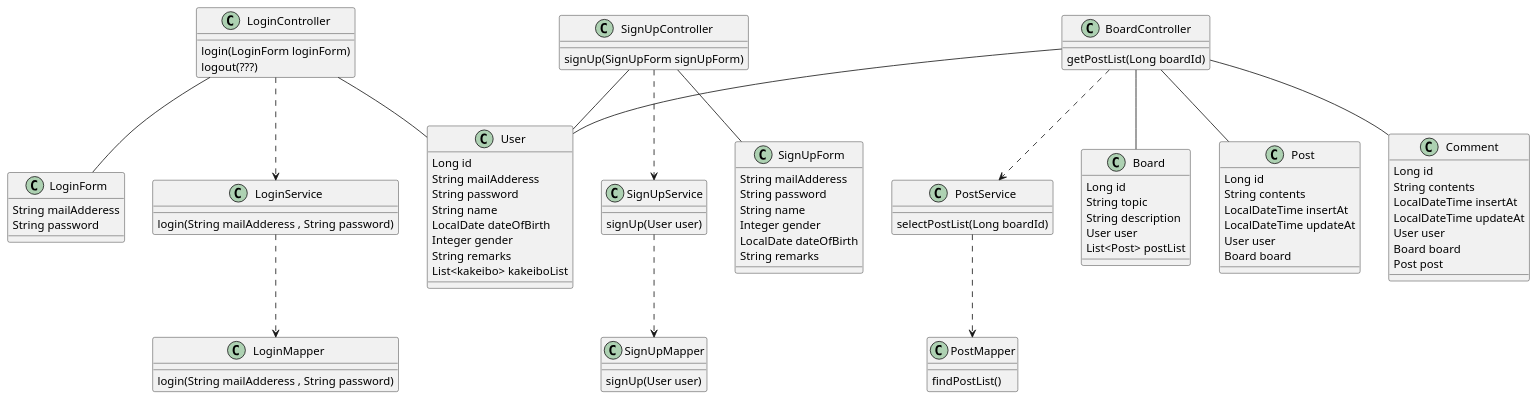
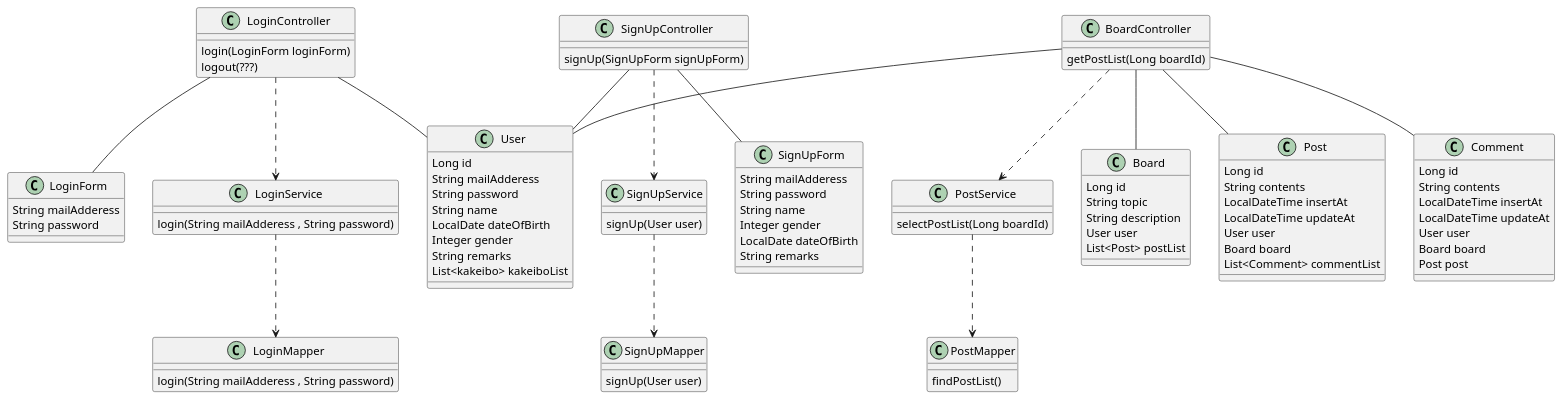
The diagram in documents/uml/クラス図/class.pu (shinnamie/sns-kakeibo), drawn with PlantUML before and after one commit. The commit also changed 5 other files, not shown here.

Commit message:
掲示板に関するUML図追加

```diff
--- a/documents/uml/クラス図/class.pu
+++ b/documents/uml/クラス図/class.pu
@@ -1,106 +1,107 @@
 @startuml
 top to bottom direction
 class LoginController {
     login(LoginForm loginForm)
     logout(???)
 }
 class LoginService{
     
     login(String mailAdderess , String password)
     
 }
 class LoginMapper{
     
     login(String mailAdderess , String password)
     
 }
 class SignUpController{
     signUp(SignUpForm signUpForm)
     
 }
 class SignUpService{
     signUp(User user)
 }
 class SignUpMapper{
     signUp(User user)
 }
 class SignUpForm{
     String mailAdderess
     String password
     String name
     Integer gender
     LocalDate dateOfBirth
     String remarks
 }
 
 class User{
     Long id
     String mailAdderess
     String password
     String name
     LocalDate dateOfBirth
     Integer gender
     String remarks
     List<kakeibo> kakeiboList
 }
 class LoginForm{
     String mailAdderess
     String password
 }
 
 class Board{
     Long id
     String topic
     String description
     User user
     List<Post> postList
 }
 
 class Post{
     Long id
     String contents
     LocalDateTime insertAt
     LocalDateTime updateAt
     User user
     Board board
+    List<Comment> commentList
 }
 
 class Comment{
     Long id
     String contents
     LocalDateTime insertAt
     LocalDateTime updateAt
     User user
     Board board
     Post post
 
 
 }
 
 class BoardController{
     getPostList(Long boardId)
 }
 
 class PostService{
     selectPostList(Long boardId)
 }
 
 class PostMapper{
     findPostList()
 }
 
 LoginController  ..>  LoginService 
 LoginService  ..>  LoginMapper 
 LoginController -- LoginForm
 LoginController -- User
 SignUpController  ..>  SignUpService 
 SignUpService  ..>  SignUpMapper 
 SignUpController -- SignUpForm
 SignUpController -- User
 BoardController ..> PostService
 PostService ..> PostMapper
 BoardController -- User
 BoardController -- Board
 BoardController -- Post
 BoardController -- Comment
 @enduml
```
